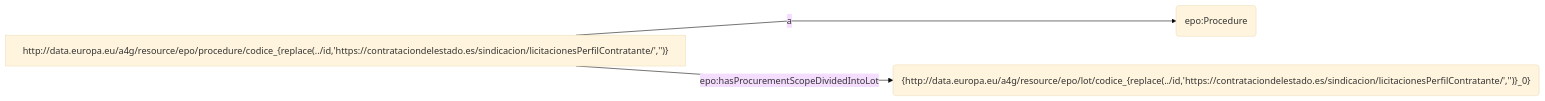
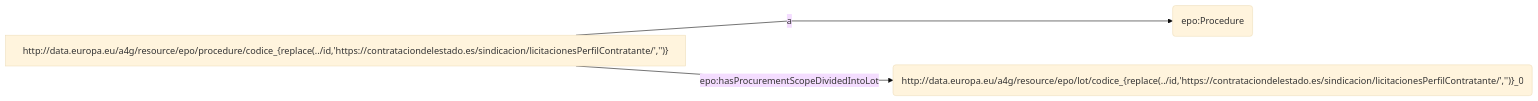
Before and after one commit to oeg-upm/rmldoc: diagram 33 of 34 in example/ppds.md, drawn with Mermaid. The commit also changed other lines of this file and 3 other files, not shown here.

````diff
--- a/example/ppds.md
+++ b/example/ppds.md
@@ -594,7 +699,7 @@
 ```mermaid
 %%{ init : { "theme" : "base", "flowchart" : { "curve" : "linear" }}}%%
 flowchart LR
 S["http://data.europa.eu/a4g/resource/epo/procedure/codice_{replace(../id,'https://contrataciondelestado.es/sindicacion/licitacionesPerfilContratante/','')}"] -->|"a"| object1("epo:Procedure")
-S["http://data.europa.eu/a4g/resource/epo/procedure/codice_{replace(../id,'https://contrataciondelestado.es/sindicacion/licitacionesPerfilContratante/','')}"] -->|"epo:hasProcurementScopeDividedIntoLot"| object2("{http://data.europa.eu/a4g/resource/epo/lot/codice_{replace(../id,'https://contrataciondelestado.es/sindicacion/licitacionesPerfilContratante/','')}_0}")
+S["http://data.europa.eu/a4g/resource/epo/procedure/codice_{replace(../id,'https://contrataciondelestado.es/sindicacion/licitacionesPerfilContratante/','')}"] -->|"epo:hasProcurementScopeDividedIntoLot"| object2("http://data.europa.eu/a4g/resource/epo/lot/codice_{replace(../id,'https://contrataciondelestado.es/sindicacion/licitacionesPerfilContratante/','')}_0")
     
 ``` 
````
